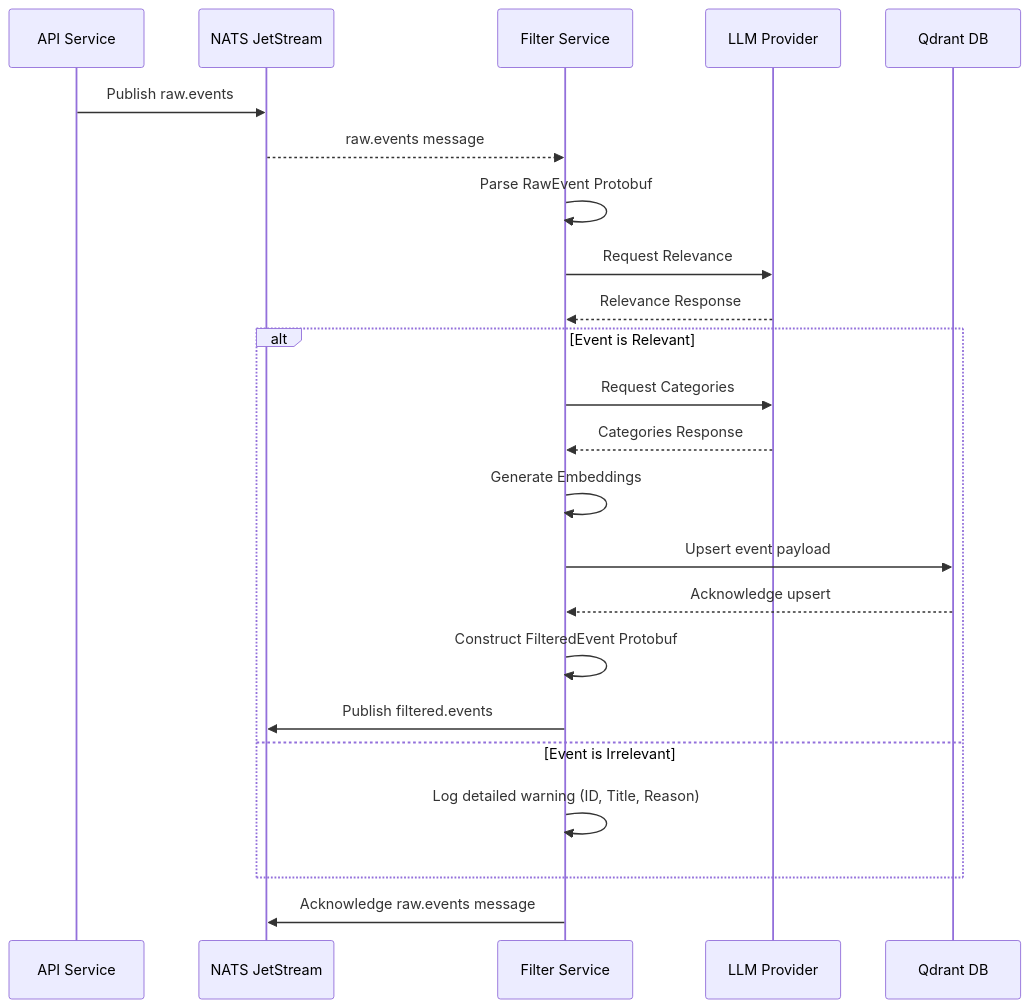
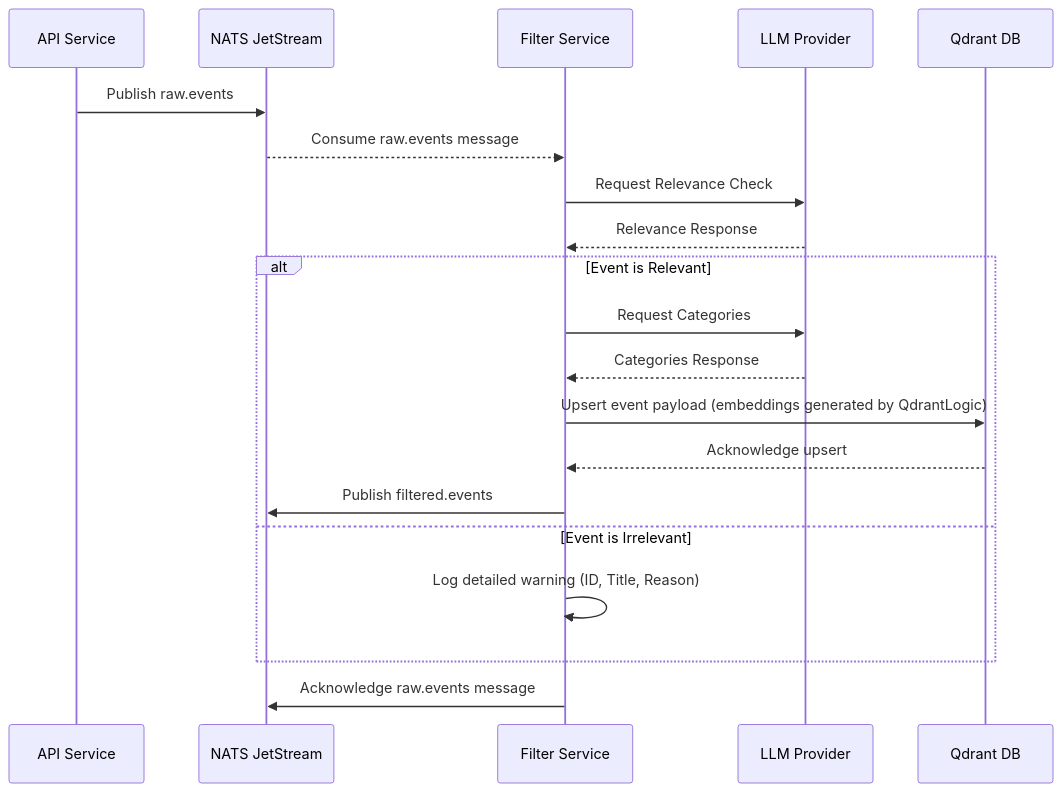
One commit to gsantopaolo/sentinel-AI changed the diagram in docs/filter.md. Above: the diagram before and after it, drawn with Mermaid. The commit also changed other lines of this file and 8 other files, not shown here.

````diff
--- a/docs/filter.md
+++ b/docs/filter.md
@@ -67,26 +75,25 @@
 ```mermaid
 sequenceDiagram
     participant API as API Service
     participant NATS as NATS JetStream
     participant Filter as Filter Service
     participant LLM as LLM Provider
     participant Qdrant as Qdrant DB
 
     API->>NATS: Publish raw.events
-    NATS-->>Filter: raw.events message
-    Filter->>Filter: Parse RawEvent Protobuf
-    Filter->>LLM: Request Relevance
+    NATS-->>Filter: Consume raw.events message
+    Filter->>LLM: Request Relevance Check
     LLM-->>Filter: Relevance Response
+
     alt Event is Relevant
         Filter->>LLM: Request Categories
         LLM-->>Filter: Categories Response
-        Filter->>Filter: Generate Embeddings
-        Filter->>Qdrant: Upsert event payload
+        Filter->>Qdrant: Upsert event payload (embeddings generated by QdrantLogic)
         Qdrant-->>Filter: Acknowledge upsert
-        Filter->>Filter: Construct FilteredEvent Protobuf
         Filter->>NATS: Publish filtered.events
     else Event is Irrelevant
         Filter->>Filter: Log detailed warning (ID, Title, Reason)
     end
+
     Filter->>NATS: Acknowledge raw.events message
 ```
````
